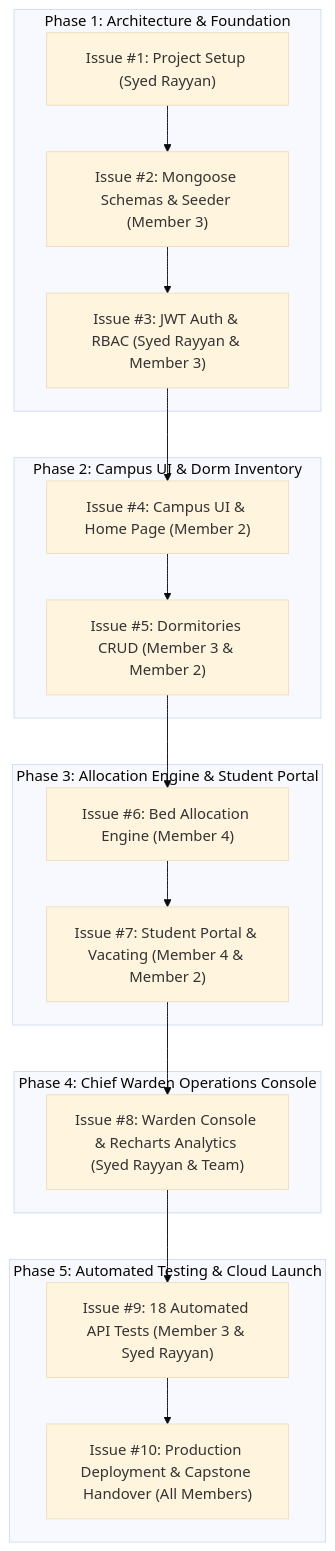
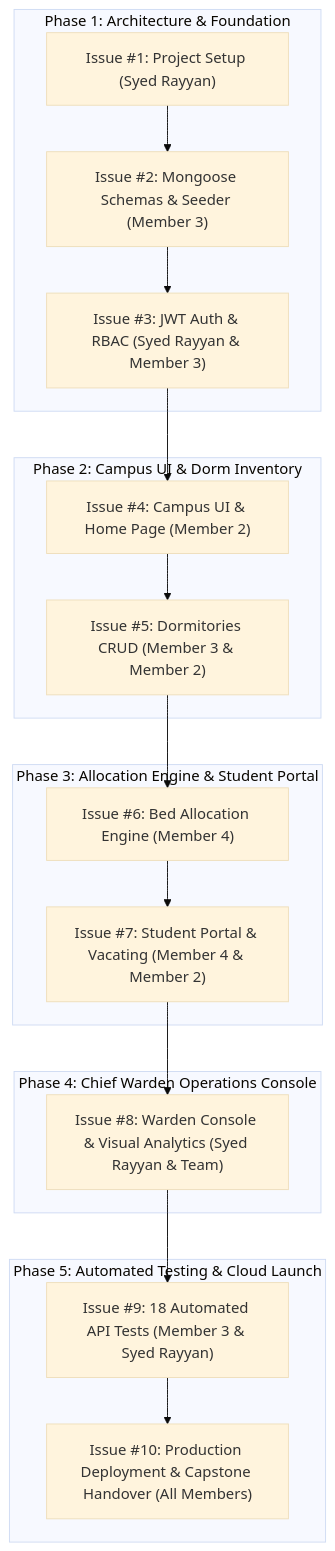
One commit to ChandreshwarNathTripathi/ryan changed the diagram in docs/TEAM_DEVELOPMENT_GUIDE.md. Above: the diagram before and after it, drawn with Mermaid (base theme). The commit also changed other lines of this file and 32 other files, not shown here.

````diff
--- a/docs/TEAM_DEVELOPMENT_GUIDE.md
+++ b/docs/TEAM_DEVELOPMENT_GUIDE.md
@@ -22,26 +22,26 @@
 ```mermaid
 flowchart TD
     subgraph Phase 1 [Phase 1: Architecture & Foundation]
         I1["Issue #1: Project Setup (Syed Rayyan)"] --> I2["Issue #2: Mongoose Schemas & Seeder (Member 3)"]
         I2 --> I3["Issue #3: JWT Auth & RBAC (Syed Rayyan & Member 3)"]
     end
 
     subgraph Phase 2 [Phase 2: Campus UI & Dorm Inventory]
         I3 --> I4["Issue #4: Campus UI & Home Page (Member 2)"]
         I4 --> I5["Issue #5: Dormitories CRUD (Member 3 & Member 2)"]
     end
 
     subgraph Phase 3 [Phase 3: Allocation Engine & Student Portal]
         I5 --> I6["Issue #6: Bed Allocation Engine (Member 4)"]
         I6 --> I7["Issue #7: Student Portal & Vacating (Member 4 & Member 2)"]
     end
 
     subgraph Phase 4 [Phase 4: Chief Warden Operations Console]
-        I7 --> I8["Issue #8: Warden Console & Recharts Analytics (Syed Rayyan & Team)"]
+        I7 --> I8["Issue #8: Warden Console & Visual Analytics (Syed Rayyan & Team)"]
     end
 
     subgraph Phase 5 [Phase 5: Automated Testing & Cloud Launch]
         I8 --> I9["Issue #9: 18 Automated API Tests (Member 3 & Syed Rayyan)"]
         I9 --> I10["Issue #10: Production Deployment & Capstone Handover (All Members)"]
     end
 ```
````
